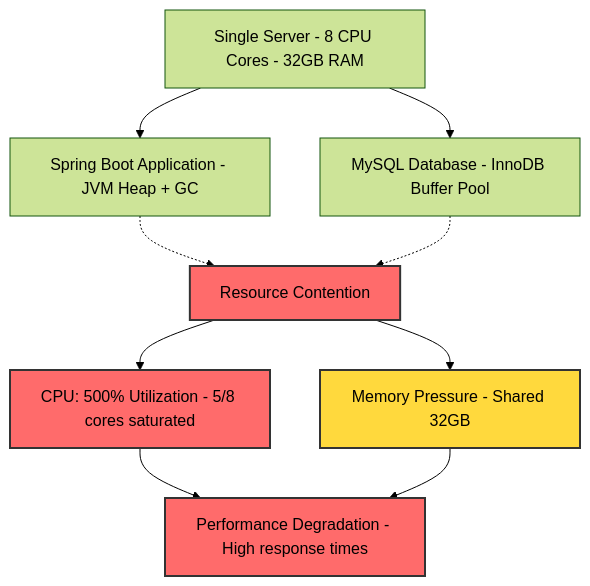
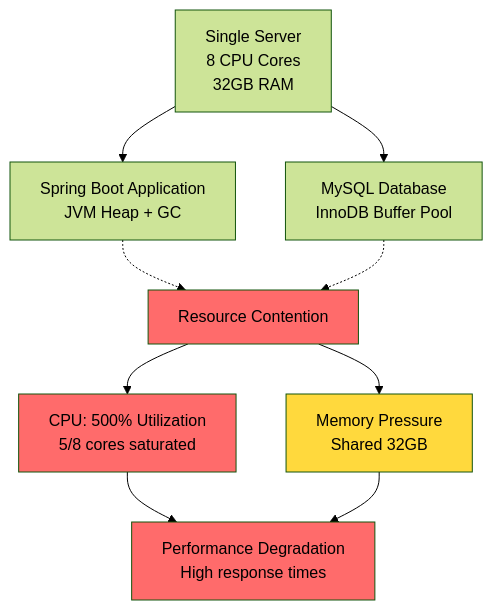
Before and after one commit to gohilmahaveer/json-format-service: the third of 5 diagrams in vendor-portal-report.md, drawn with Mermaid (forest theme). The commit also changed other lines of this file, not shown here.

````diff
--- a/vendor-portal-report.md
+++ b/vendor-portal-report.md
@@ -96,24 +106,24 @@
 ```mermaid
 flowchart TD
-    A[Single Server - 8 CPU Cores - 32GB RAM]
-    B[Spring Boot Application - JVM Heap + GC]
-    C[MySQL Database - InnoDB Buffer Pool]
-    D[Resource Contention]
-    E[CPU: 500% Utilization - 5/8 cores saturated]
-    F[Memory Pressure - Shared 32GB]
-    G[Performance Degradation - High response times]
+    A["Single Server<br/>8 CPU Cores<br/>32GB RAM"]
+    B["Spring Boot Application<br/>JVM Heap + GC"]
+    C["MySQL Database<br/>InnoDB Buffer Pool"]
+    D["Resource Contention"]
+    E["CPU: 500% Utilization<br/>5/8 cores saturated"]
+    F["Memory Pressure<br/>Shared 32GB"]
+    G["Performance Degradation<br/>High response times"]
     
     A --> B
     A --> C
     B -.-> D
     C -.-> D
     D --> E
     D --> F
     E --> G
     F --> G
     
-    style D fill:#ff6b6b,stroke:#333,stroke-width:2px
-    style E fill:#ff6b6b,stroke:#333,stroke-width:2px
-    style F fill:#ffd93d,stroke:#333,stroke-width:2px
-    style G fill:#ff6b6b,stroke:#333,stroke-width:2px
+    style D fill:#ff6b6b
+    style E fill:#ff6b6b
+    style F fill:#ffd93d
+    style G fill:#ff6b6b
 ```
````
